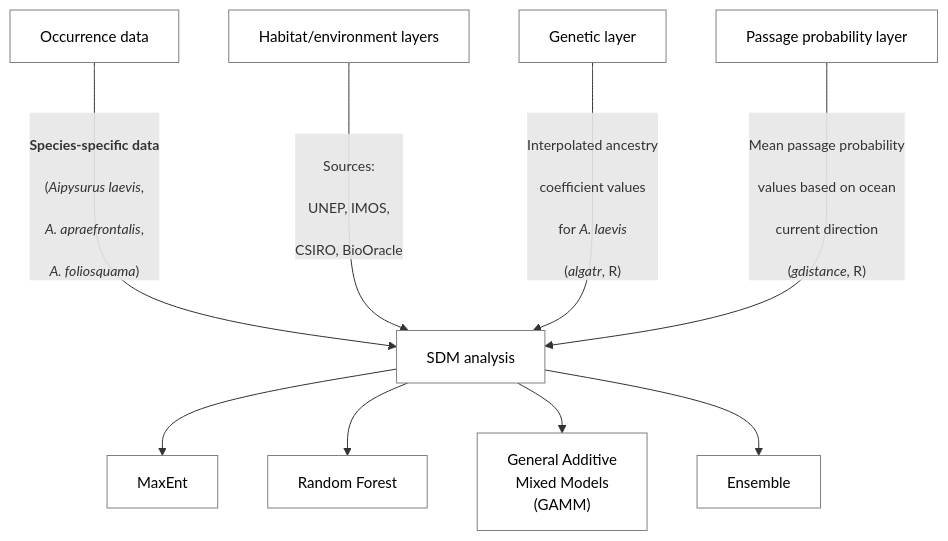
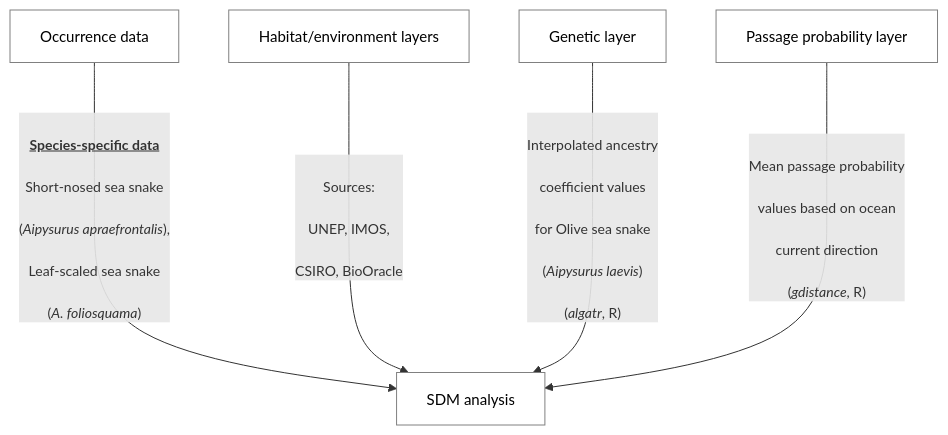
Before and after one commit to grcvhon/atm-analysis: the diagram in README.md, drawn with Mermaid.

Commit message:
Update: clarify SDM approach

````diff
--- a/README.md
+++ b/README.md
@@ -12,60 +12,51 @@
 ```mermaid
 flowchart TD;
     A["Occurrence data"]
     B["Habitat/environment layers"]
     C["Genetic layer"]
     D["Passage probability layer"]
     E["SDM analysis"]
-    F["MaxEnt"]
-    G["Random Forest"]
-    H["General Additive 
-    Mixed Models
-    (GAMM)"]
-    I["Ensemble"]
+   
     
     style A fill:white,stroke:grey,color:black,font-size:15px
     style B fill:white,stroke:grey,color:black,font-size:15px
     style C fill:white,stroke:grey,color:black,font-size:15px
     style D fill:white,stroke:grey,color:black,font-size:15px
     style E fill:white,stroke:grey,color:black,font-size:15px
-    style F fill:white,stroke:grey,color:black,font-size:15px
-    style G fill:white,stroke:grey,color:black,font-size:15px
-    style H fill:white,stroke:grey,color:black,font-size:15px
-    style I fill:white,stroke:grey,color:black,font-size:15px
+
 
     A--
     <p style="font-size:14px">
-    <b>Species-specific data</b><br> 
-    (<i>Aipysurus laevis</i>,<br>
-    <i>A. apraefrontalis</i>,<br>
-    <i>A. foliosquama</i>)
+    <u><b>Species-specific data</b></u><br>
+    Short-nosed sea snake<br> 
+    (<i>Aipysurus apraefrontalis</i>),<br>
+    Leaf-scaled sea snake<br>
+    (<i>A. foliosquama</i>)
     </p>--->E;
 
     B--
     <p style="font-size:14px">
     Sources:<br>
     UNEP, IMOS,<br> 
     CSIRO, BioOracle
     </p>--->E;
     
     C--
     <p style="font-size:14px">
     Interpolated ancestry<br>
     coefficient values<br>
-    for <i>A. laevis</i><br>
+    for Olive sea snake<br>
+    (<i>Aipysurus laevis</i>)<br>
     (<i>algatr</i>, R)
     </p>--->E;
     
     D--
     <p style="font-size:14px">
     Mean passage probability<br>
     values based on ocean<br>
     current direction<br>
     (<i>gdistance</i>, R)
     </p>--->E;
     
-    E-->F;
-    E-->G;
-    E-->H;
-    E-->I;
+
 ```
````
